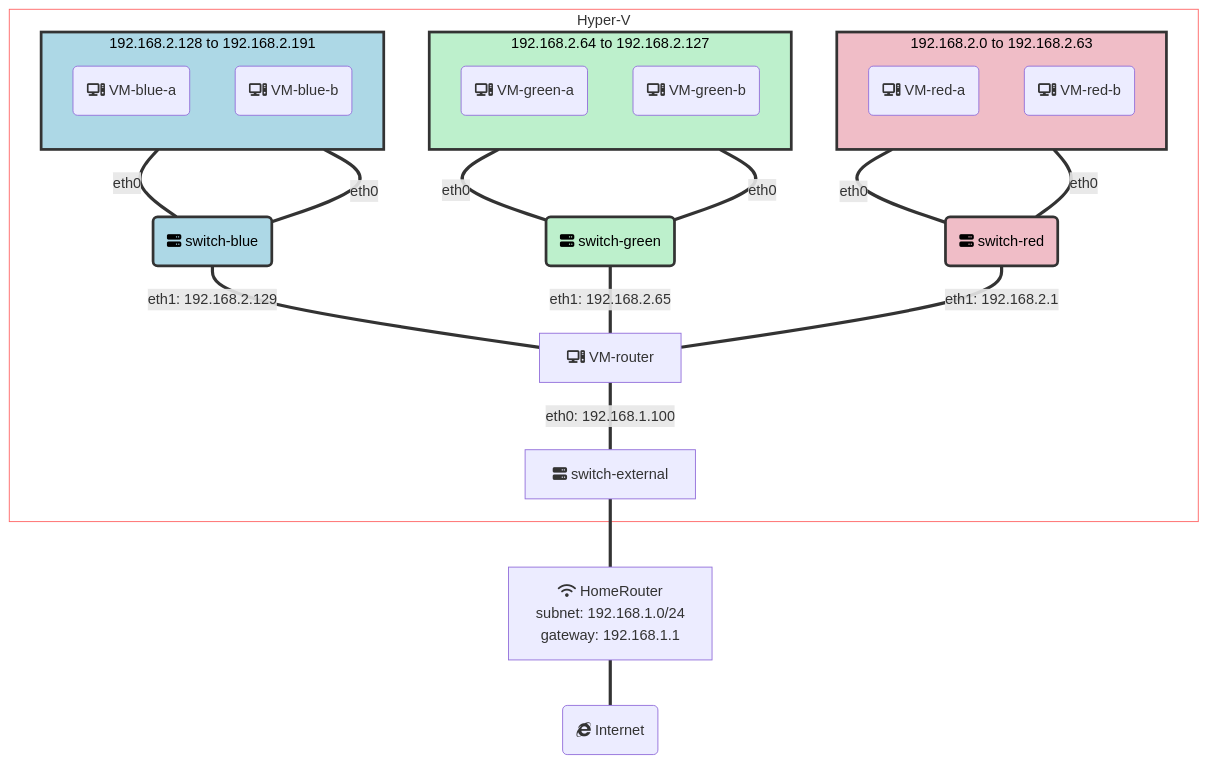
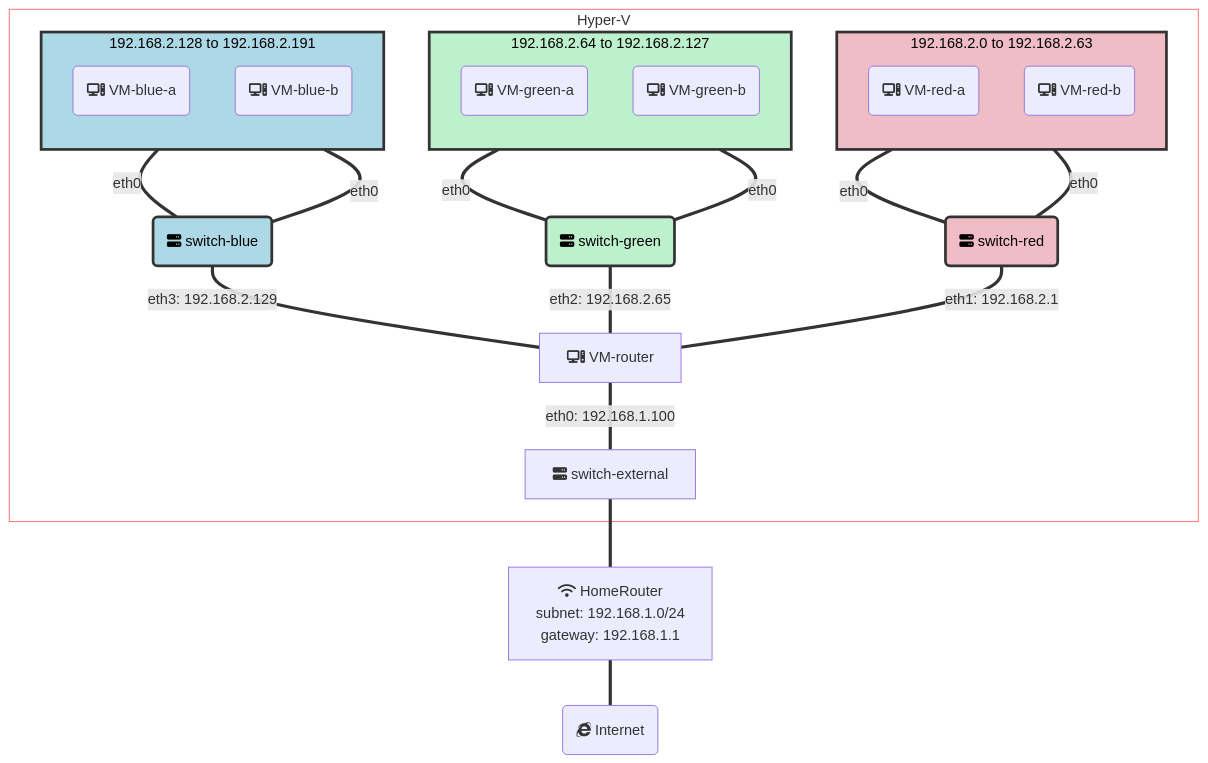
Before and after one commit to AleksandrGontcharov/ag-tech-mentorship: the diagram in docs/specialized-topics/networking/progress.md, drawn with Mermaid.

````diff
--- a/docs/specialized-topics/networking/progress.md
+++ b/docs/specialized-topics/networking/progress.md
@@ -41,57 +41,57 @@
 ```mermaid
 graph BT
     Internet(fab:fa-internet-explorer Internet) === HomeRouter[fa:fa-wifi HomeRouter </br> subnet: 192.168.1.0/24 </br> gateway: 192.168.1.1]
     HomeRouter === externalSwitch[fa:fa-server switch-external]
     hyper-V:::whiteClass
     classDef whiteClass fill:#0000,stroke:#f66,stroke-width:1px
     subgraph hyper-V["Hyper-V"]
         externalSwitch === |eth0: 192.168.1.100| VMrouter[fa:fa-computer VM-router]
         VMrouter === |eth1: 192.168.2.1| Switch-red:::redClass
-        VMrouter === |eth1: 192.168.2.65| Switch-green:::greenClass
-        VMrouter === |eth1: 192.168.2.129| Switch-blue:::blueClass
+        VMrouter === |eth2: 192.168.2.65| Switch-green:::greenClass
+        VMrouter === |eth3: 192.168.2.129| Switch-blue:::blueClass
 
         %% RED SUBNET
 
         Switch-red(fa:fa-server switch-red)
         Switch-red === |eth0| VM-red-a
         Switch-red === |eth0| VM-red-b
         subnet-red:::redClass
         subgraph subnet-red["192.168.2.0 to 192.168.2.63"]
             direction TB
             VM-red-a(fa:fa-computer VM-red-a)
             VM-red-b(fa:fa-computer VM-red-b)
         end
 
         %% GREEN SUBNET
 
         Switch-green(fa:fa-server switch-green)
         Switch-green === |eth0| VM-green-a
         Switch-green === |eth0| VM-green-b
         subnet-green:::greenClass
         subgraph subnet-green["192.168.2.64 to 192.168.2.127"]
             direction TB
             VM-green-a(fa:fa-computer VM-green-a)
             VM-green-b(fa:fa-computer VM-green-b)
         end
 
         
         %% BLUE SUBNET
 
         Switch-blue(fa:fa-server switch-blue)
         Switch-blue === |eth0| VM-blue-a
         Switch-blue === |eth0| VM-blue-b
         subnet-blue:::blueClass
         subgraph subnet-blue["192.168.2.128 to 192.168.2.191"]
             direction TB
             VM-blue-a(fa:fa-computer VM-blue-a)
             VM-blue-b(fa:fa-computer VM-blue-b)
         end
 
         classDef greenClass fill:#bdf0cc,stroke:#333,stroke-width:3px, color: black;
         classDef greenClassDashed fill:#bdf0cc,stroke:#333,stroke-width:2px, stroke-dasharray: 4 3, color: black;
         classDef redClass  fill:#f0bdc7,stroke:#333,stroke-width:3px, color: black;
         classDef redClassDashed  fill:#f0bdc7,stroke:#333,stroke-width:2px, stroke-dasharray: 4 3, color: black;
         classDef blueClass  fill:lightblue,stroke:#333,stroke-width:3px, color: black;
         classDef blueClassDashed  fill:lightblue,stroke:#333,stroke-width:2px, stroke-dasharray: 4 3, color: black;
 end
 ```
````
